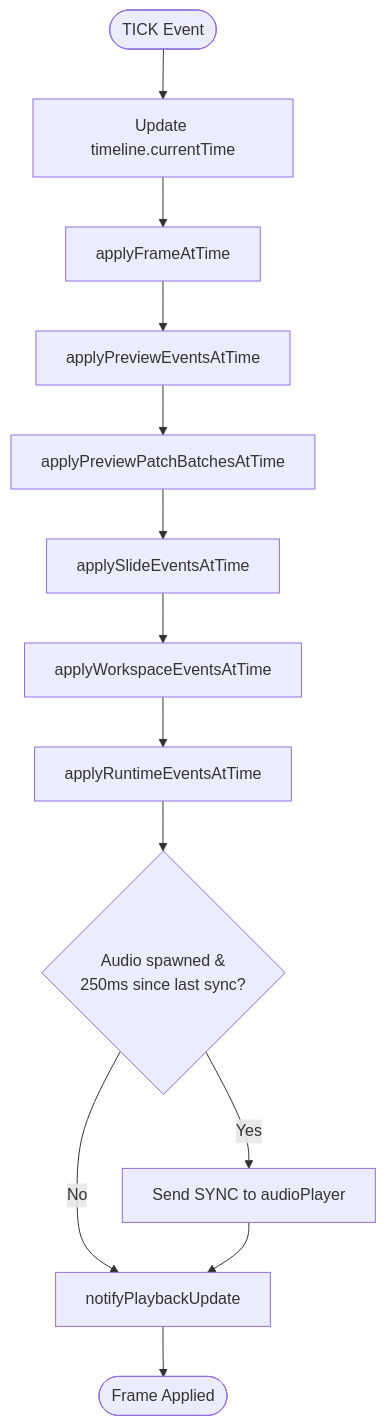
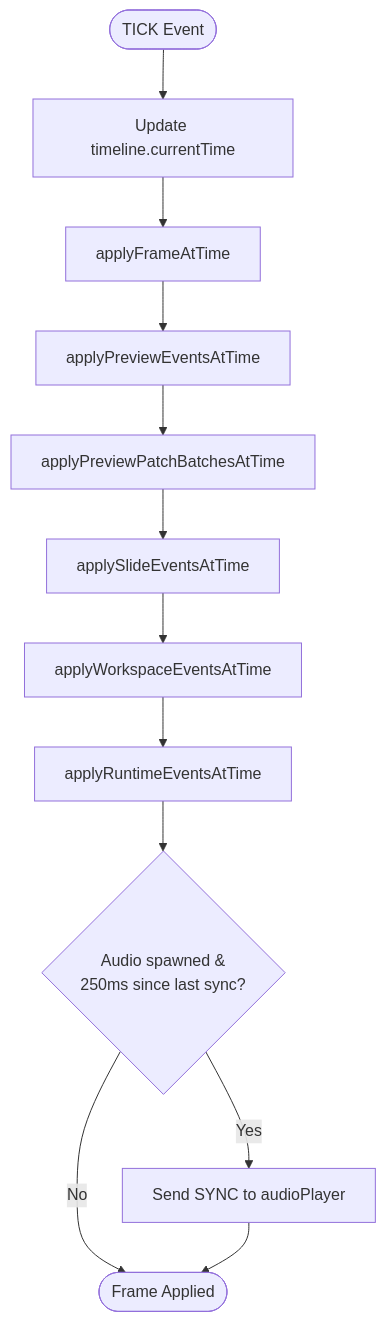
The sixth of 6 diagrams in docs/data-flow.md (channyeintun/next-editor), drawn with Mermaid before and after one commit. The commit also changed 9 other files, not shown here.

````diff
--- a/docs/data-flow.md
+++ b/docs/data-flow.md
@@ -234,15 +234,14 @@
 ```mermaid
 flowchart TB
     Start([TICK Event]) --> UpdateTimeline[Update timeline.currentTime]
     UpdateTimeline --> ApplyFrame[applyFrameAtTime]
     ApplyFrame --> ApplyPreviewEvents[applyPreviewEventsAtTime]
     ApplyPreviewEvents --> ApplyPreviewPatches[applyPreviewPatchBatchesAtTime]
     ApplyPreviewPatches --> ApplySlides[applySlideEventsAtTime]
     ApplySlides --> ApplyWorkspace[applyWorkspaceEventsAtTime]
     ApplyWorkspace --> ApplyRuntime[applyRuntimeEventsAtTime]
     ApplyRuntime --> SyncAudio{Audio spawned &<br/>250ms since last sync?}
     SyncAudio -->|Yes| SyncAudioActor[Send SYNC to audioPlayer]
-    SyncAudio -->|No| NotifyUpdate
-    SyncAudioActor --> NotifyUpdate[notifyPlaybackUpdate]
-    NotifyUpdate --> Done([Frame Applied])
+    SyncAudio -->|No| Done([Frame Applied])
+    SyncAudioActor --> Done
 ```
````
